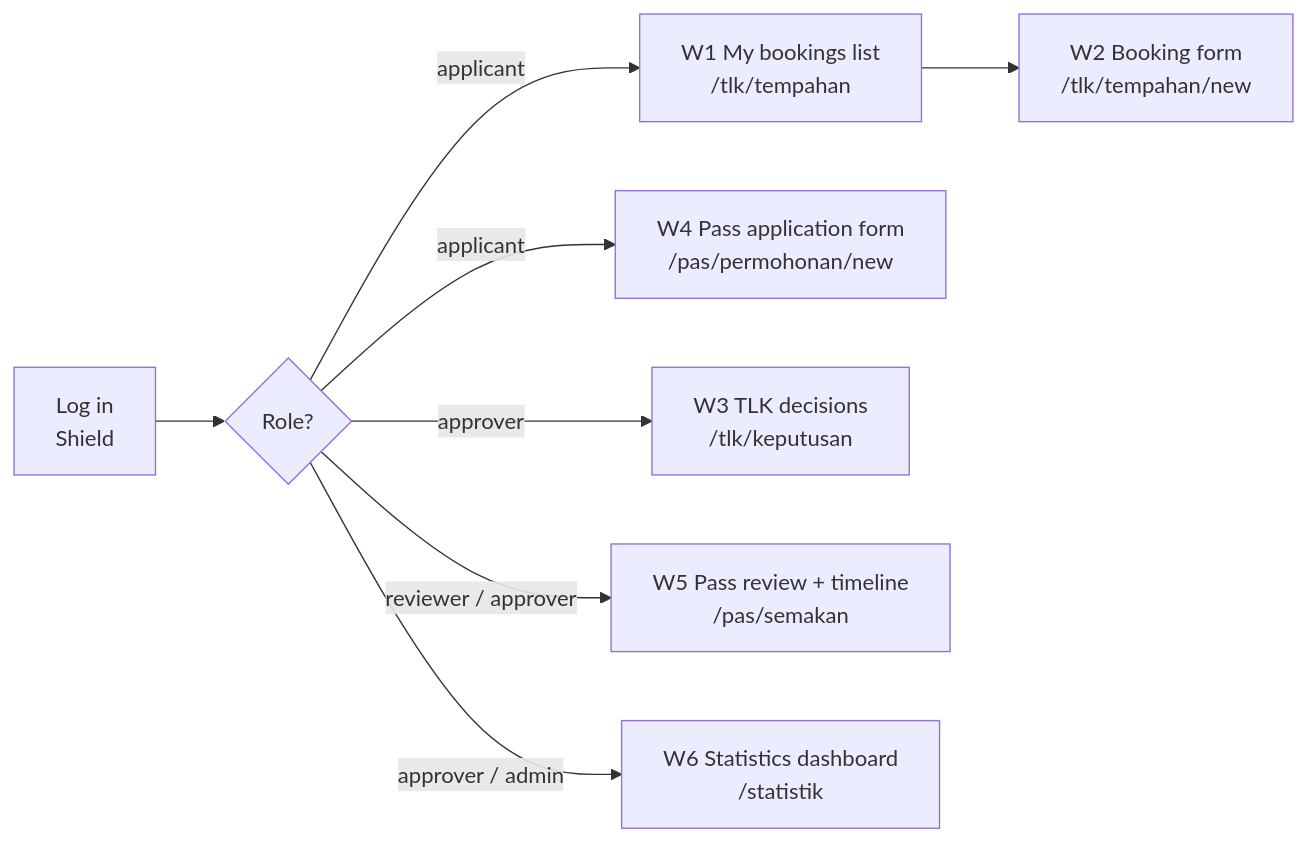
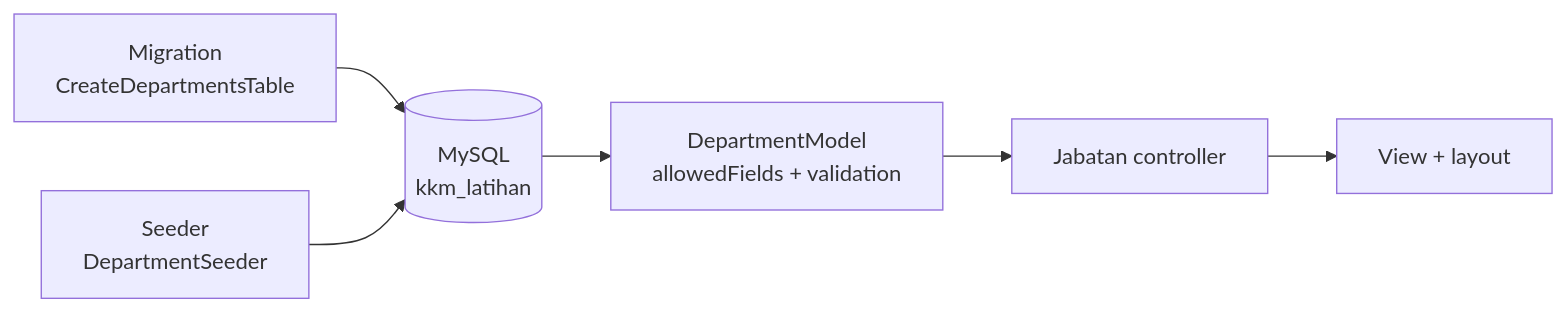
The diagram in hari-3/README.en.md (habibtalib/coach-codeigniter-10-hari-kkm-peserta), drawn with Mermaid before and after one commit. The commit also changed other lines of this file and 73 other files, not shown here.

Commit message:
Kemas kini: Hari 3 (database, migration, model, carian; kod rujukan) + Hari 4–10 kerja individu dalm kelas-ci-<nama>

````diff
--- a/hari-3/README.en.md
+++ b/hari-3/README.en.md
@@ -419,10 +45,8 @@
 ```mermaid
 flowchart LR
-    L["Log in<br/>Shield"] --> M{"Role?"}
-    M -- applicant --> W1["W1 My bookings list<br/>/tlk/tempahan"]
-    W1 --> W2["W2 Booking form<br/>/tlk/tempahan/new"]
-    M -- applicant --> W4["W4 Pass application form<br/>/pas/permohonan/new"]
-    M -- approver --> W3["W3 TLK decisions<br/>/tlk/keputusan"]
-    M -->|"reviewer / approver"| W5["W5 Pass review + timeline<br/>/pas/semakan"]
-    M -->|"approver / admin"| W6["W6 Statistics dashboard<br/>/statistik"]
+    M["Migration<br/>CreateDepartmentsTable"] --> DB[("MySQL<br/>kkm_latihan")]
+    S["Seeder<br/>DepartmentSeeder"] --> DB
+    DB --> MD["DepartmentModel<br/>allowedFields + validation"]
+    MD --> C["Jabatan controller"]
+    C --> V["View + layout"]
 ```
````
